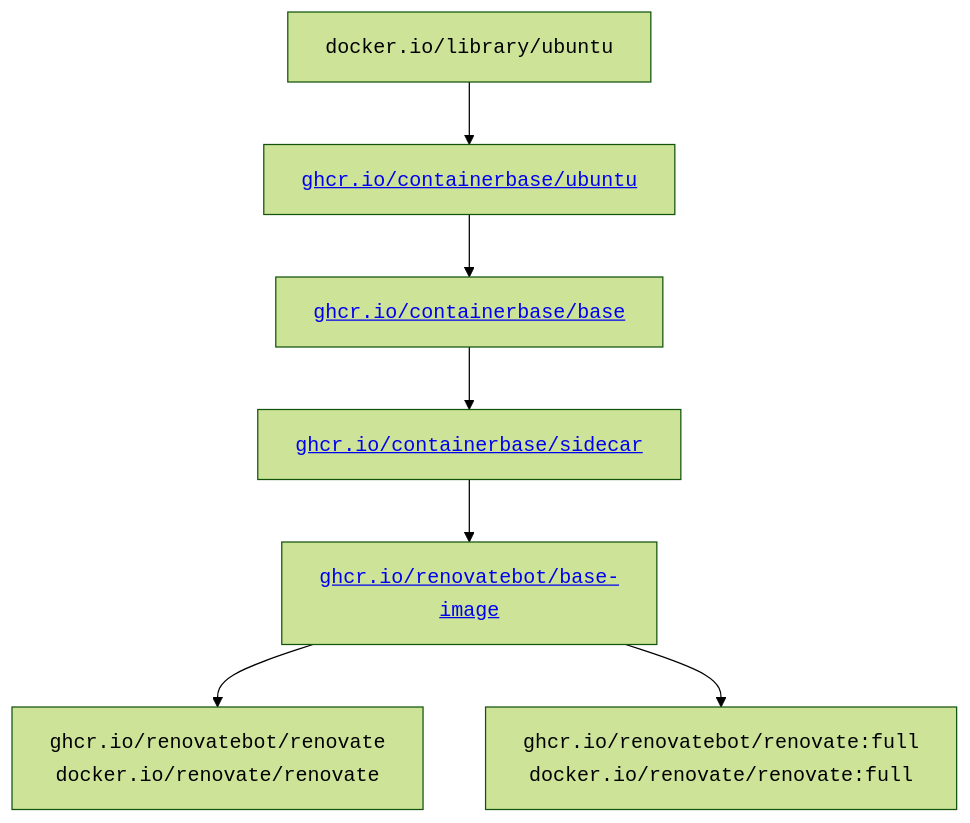
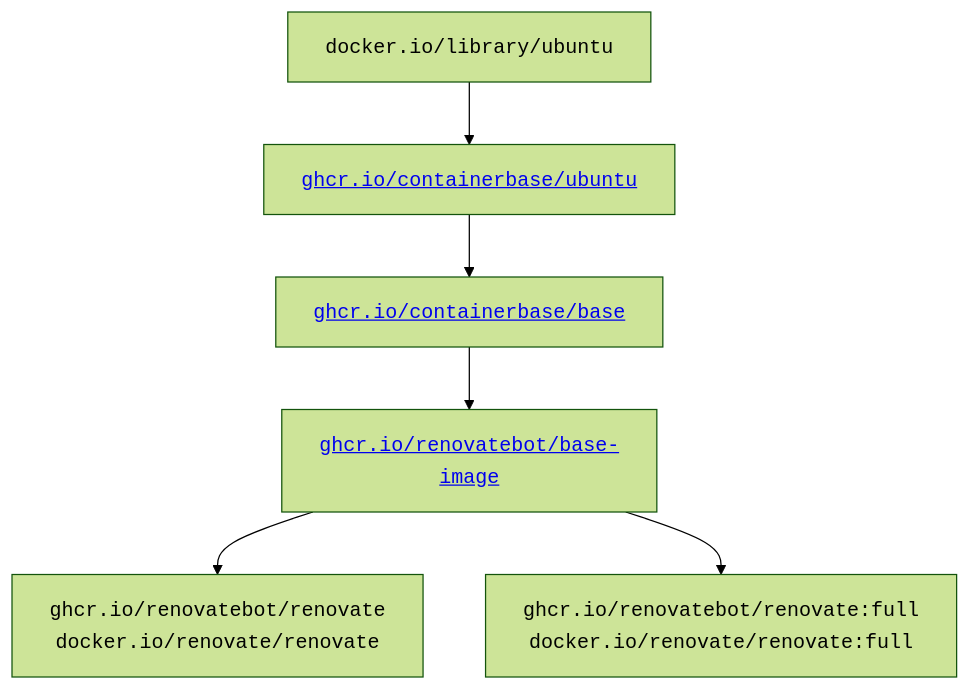
One commit to renovatebot/renovate changed the diagram in docs/usage/docker-build-process.md. Above: the diagram before and after it, drawn with Mermaid (forest theme).

Commit message:
docs(docker-build-process): remove Containerbase Sidecar image (#46880)
As part [0], we removed the dependency on the sidecar image, so we need
to reflect this in our docs.

[0]: https://github.com/renovatebot/base-image/pull/3605

````diff
--- a/docs/usage/docker-build-process.md
+++ b/docs/usage/docker-build-process.md
@@ -34,17 +34,15 @@
 ```mermaid
 flowchart TD
     Ubuntu               --> ContainerbaseUbuntu
     ContainerbaseUbuntu  --> ContainerbaseBase
-    ContainerbaseBase    --> ContainerbaseSidecar
-    ContainerbaseSidecar --> RenovatebotBaseImage
+    ContainerbaseBase    --> RenovatebotBaseImage
     RenovatebotBaseImage --> RenovateSlim
     RenovatebotBaseImage --> RenovateFull
 
     Ubuntu[<code>docker.io/library/ubuntu</code>]
     ContainerbaseUbuntu[<a href="https://github.com/containerbase/ubuntu"><code>ghcr.io/containerbase/ubuntu</code></a>]
     ContainerbaseBase[<a href="https://github.com/containerbase/base"><code>ghcr.io/containerbase/base</code></a>]
-    ContainerbaseSidecar[<a href="https://github.com/containerbase/sidecar"><code>ghcr.io/containerbase/sidecar</code></a>]
     RenovatebotBaseImage[<a href="https://github.com/renovatebot/base-image"><code>ghcr.io/renovatebot/base-image</code></a>]
     RenovateSlim[<code>ghcr.io/renovatebot/renovate</code><br><code>docker.io/renovate/renovate</code>]
     RenovateFull[<code>ghcr.io/renovatebot/renovate:full</code><br><code>docker.io/renovate/renovate:full</code>]
 ```
````
